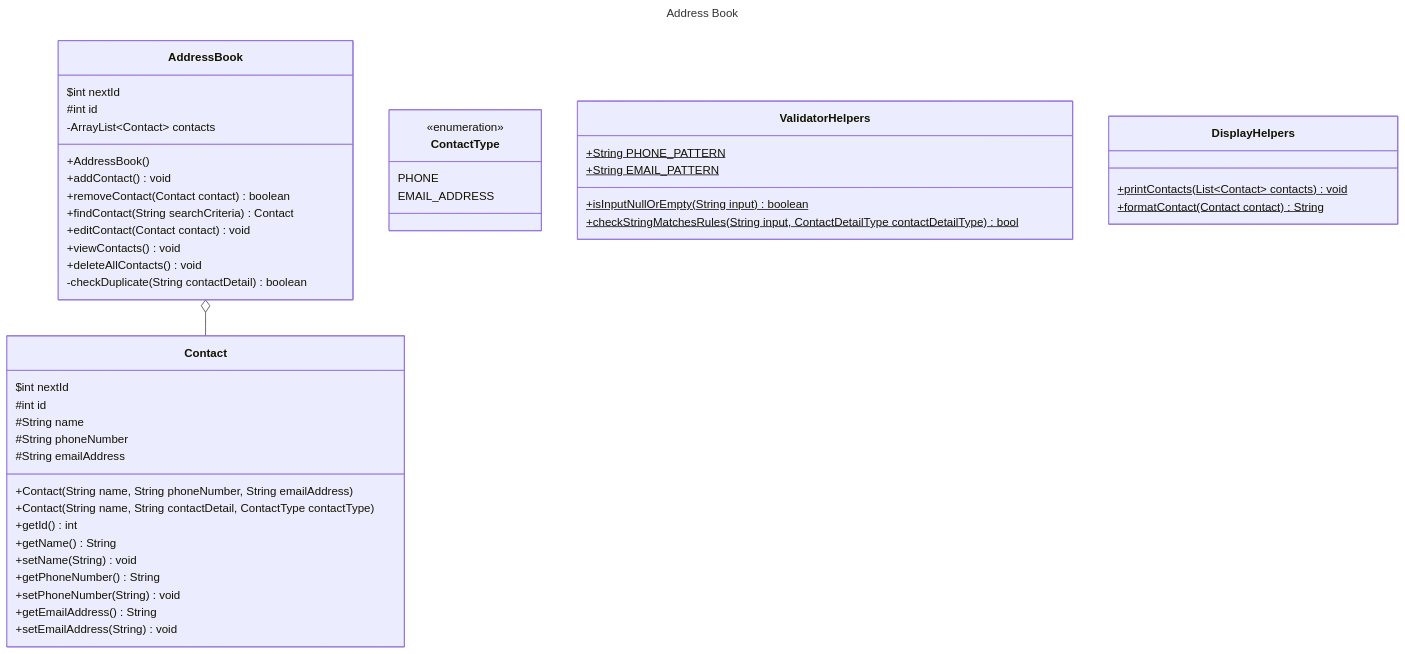
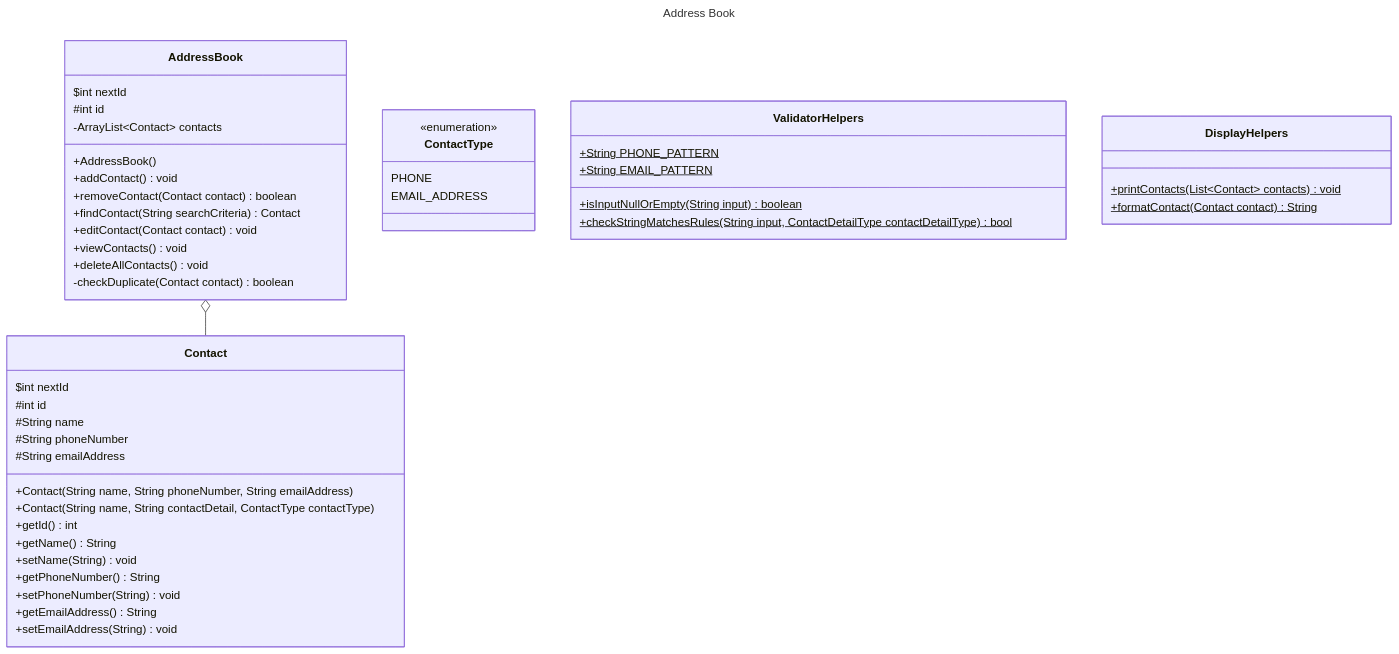
One commit to chantalsantos7/dfa-challenge-3-address-book changed the diagram in docs/domain-models-test-plan.md. Above: the diagram before and after it, drawn with Mermaid. The commit also changed other lines of this file and 3 other files, not shown here.

Commit message:
FEAT: AddContact tests & functionality + duplicate contact detail checking

````diff
--- a/docs/domain-models-test-plan.md
+++ b/docs/domain-models-test-plan.md
@@ -30,61 +30,61 @@
 ```mermaid
 ---
 title: Address Book
 ---
 
 classDiagram
     AddressBook o-- Contact
     class AddressBook {
         $int nextId
         #int id
         -ArrayList~Contact~ contacts
         
         +AddressBook()
         +addContact() void
         +removeContact(Contact contact) boolean
         +findContact(String searchCriteria) Contact
         +editContact(Contact contact) void
         +viewContacts() void
         +deleteAllContacts() void
-        -checkDuplicate(String contactDetail) boolean
+        -checkDuplicate(Contact contact) boolean
     }
     
     class Contact {
         $int nextId
         #int id
         #String name
         #String phoneNumber
         #String emailAddress
         
         +Contact(String name, String phoneNumber, String emailAddress)
         +Contact(String name, String contactDetail, ContactType contactType)
         +getId() int
         +getName() String
         +setName(String) void
         +getPhoneNumber() String
         +setPhoneNumber(String) void
         +getEmailAddress() String
         +setEmailAddress(String) void
 %%        -validatePhoneNumber(String phoneNumber) boolean
 %%        -validateEmailAddress(String emailAddress) boolean
     }
     
     class ContactType {
         <<enumeration>>
         PHONE
         EMAIL_ADDRESS
     }
     
     class ValidatorHelpers {
         +String PHONE_PATTERN$
         +String EMAIL_PATTERN$
         
         +isInputNullOrEmpty(String input) boolean$
         +checkStringMatchesRules(String input, ContactDetailType contactDetailType) bool$
     }
     
     class DisplayHelpers {
         +printContacts(List~Contact~ contacts) void$
         +formatContact(Contact contact) String$
     }
 ```
````
